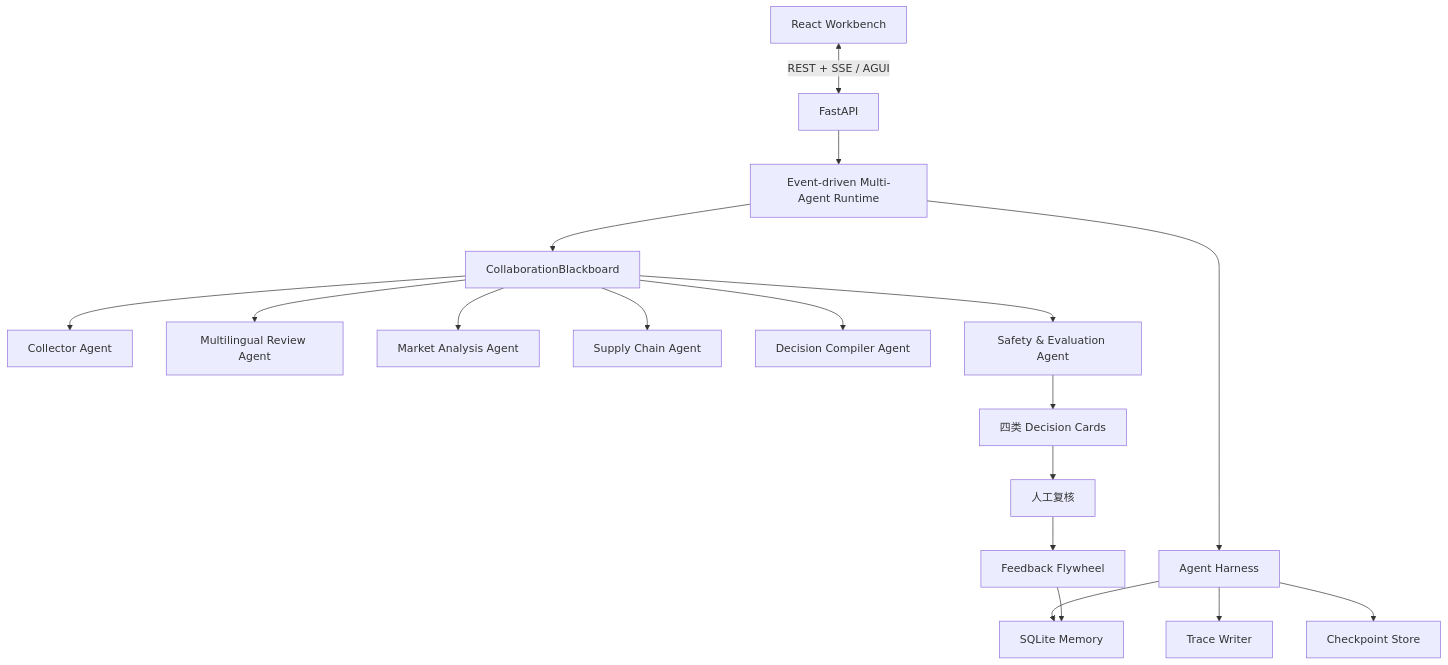
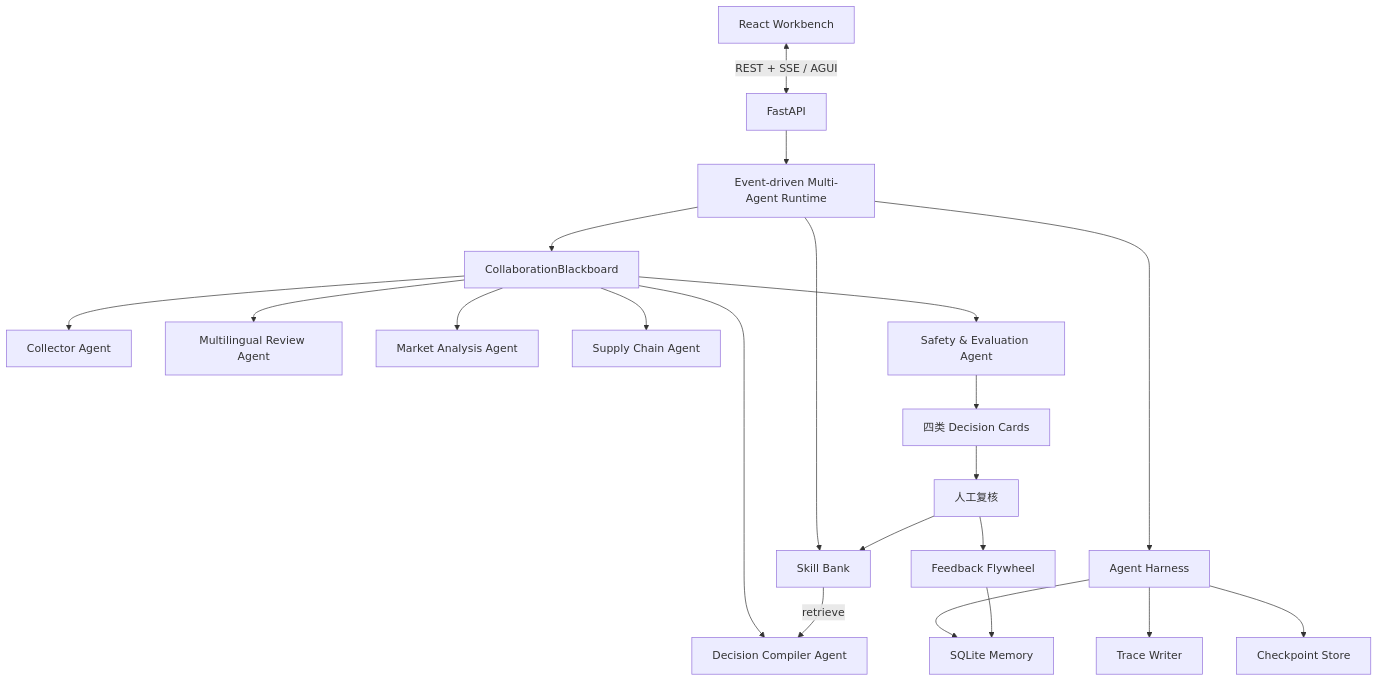
The diagram in README.md (royd132/xianjiluopan), drawn with Mermaid before and after one commit. The commit also changed other lines of this file and 22 other files, not shown here.

First line of the commit message:
feat: add Skill Bank, frontend feature split, and competition deliverables

````diff
--- a/README.md
+++ b/README.md
@@ -97,22 +97,25 @@
 ```mermaid
 flowchart TB
     UI["React Workbench"] <-->|"REST + SSE / AGUI"| API["FastAPI"]
     API --> RT["Event-driven Multi-Agent Runtime"]
     RT --> BB["CollaborationBlackboard"]
     RT --> H["Agent Harness"]
+    RT --> SB["Skill Bank"]
     H --> T["Trace Writer"]
     H --> M["SQLite Memory"]
     H --> C["Checkpoint Store"]
 
     BB --> A1["Collector Agent"]
     BB --> A2["Multilingual Review Agent"]
     BB --> A3["Market Analysis Agent"]
     BB --> A4["Supply Chain Agent"]
     BB --> A5["Decision Compiler Agent"]
     BB --> A6["Safety & Evaluation Agent"]
 
+    SB -->|"retrieve"| A5
     A6 --> CARDS["四类 Decision Cards"]
     CARDS --> HITL["人工复核"]
     HITL --> FLY["Feedback Flywheel"]
+    HITL --> SB
     FLY --> M
 ```
````
